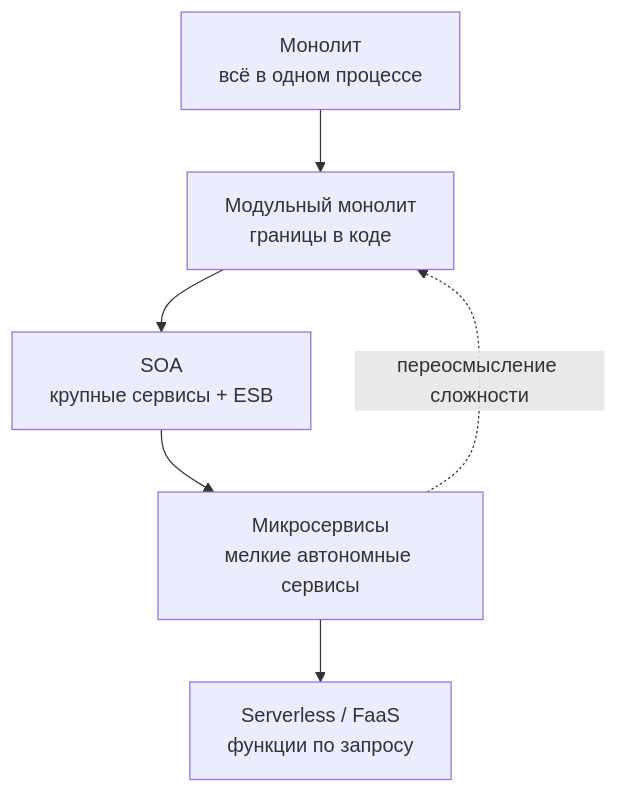
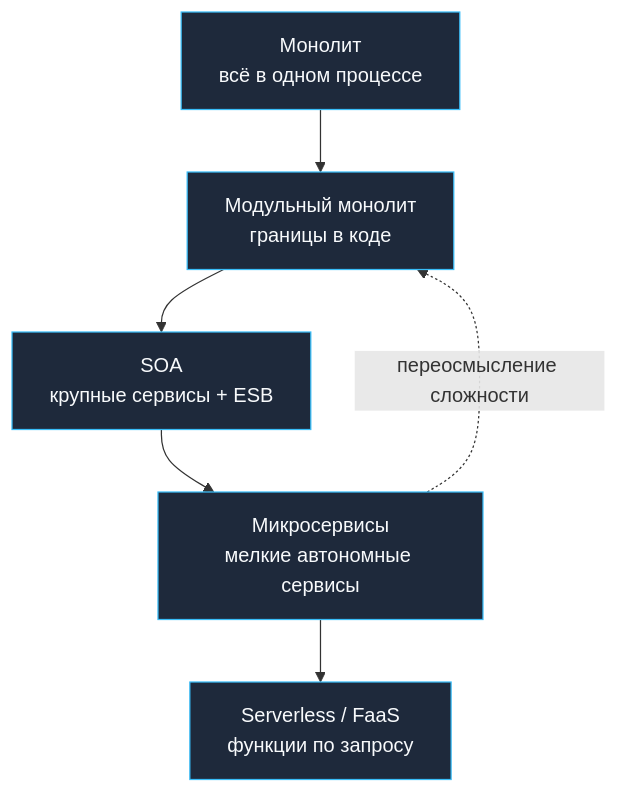
One commit to UnrealTemplier/go-textbook changed the second of 2 diagrams in sources/11. Архитектура и System Design/11. Service Oriented Architecture и эволюция архитектур.md. Above: the diagram before and after it, drawn with Mermaid. The commit also changed other lines of this file and 1666 other files, not shown here.

First line of the commit message:
feat(mermaid): add semantic color classDef to 1369 colorless flowchart/graph diagrams

````diff
--- a/sources/11. Архитектура и System Design/11. Service Oriented Architecture и эволюция архитектур.md
+++ b/sources/11. Архитектура и System Design/11. Service Oriented Architecture и эволюция архитектур.md
@@ -97,12 +107,22 @@
 ```mermaid
 flowchart TD
-    Mono["Монолит<br>всё в одном процессе"]
-    ModMono["Модульный монолит<br>границы в коде"]
-    SOA["SOA<br>крупные сервисы + ESB"]
-    Micro["Микросервисы<br>мелкие автономные сервисы"]
-    Serverless["Serverless / FaaS<br>функции по запросу"]
+    classDef process  fill:#1e293b,stroke:#38bdf8,stroke-width:1px,color:#f8fafc
+    classDef success  fill:#064e3b,stroke:#34d399,stroke-width:1px,color:#f8fafc
+    classDef error    fill:#7f1d1d,stroke:#f87171,stroke-width:1px,color:#f8fafc
+    classDef warning  fill:#78350f,stroke:#fbbf24,stroke-width:1px,color:#f8fafc
+    classDef entry    fill:#1e3a5f,stroke:#38bdf8,stroke-width:2px,color:#f8fafc
+    classDef aux      fill:#334155,stroke:#64748b,stroke-width:1px,color:#f8fafc
+    classDef system   fill:#312e81,stroke:#a78bfa,stroke-width:1px,color:#f8fafc
+    classDef data     fill:#132d29,stroke:#2dd4bf,stroke-width:1px,color:#f8fafc
+    classDef network  fill:#881337,stroke:#fb7185,stroke-width:1px,color:#f8fafc
+    classDef accent   fill:#1e1b4b,stroke:#818cf8,stroke-width:1px,color:#f8fafc
+    Mono["Монолит<br>всё в одном процессе"]:::process
+    ModMono["Модульный монолит<br>границы в коде"]:::process
+    SOA["SOA<br>крупные сервисы + ESB"]:::process
+    Micro["Микросервисы<br>мелкие автономные сервисы"]:::process
+    Serverless["Serverless / FaaS<br>функции по запросу"]:::process
 
     Mono --> ModMono --> SOA --> Micro
     Micro -.->|"переосмысление сложности"| ModMono
     Micro --> Serverless
 ```
````
